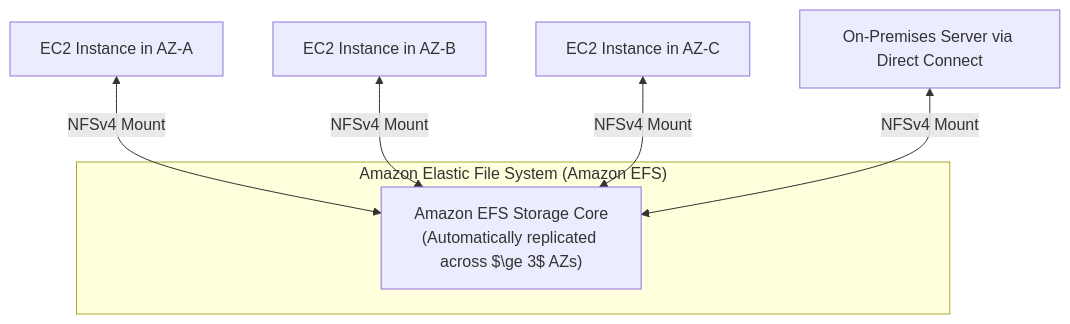
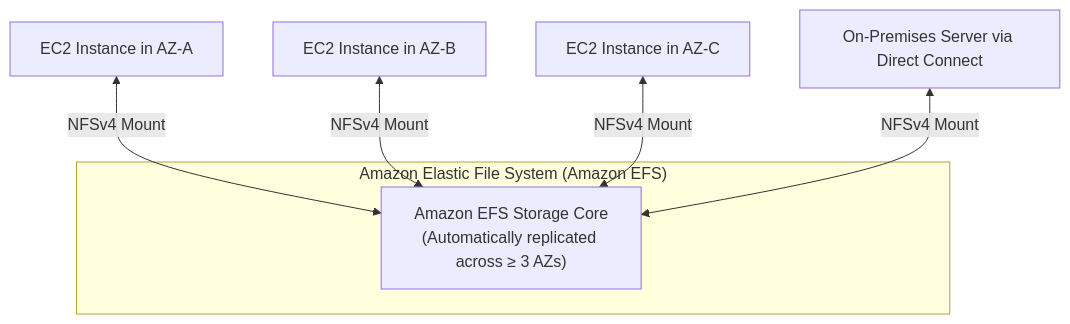
Before and after one commit to fakhruldeen/AWS: the fifth of 6 diagrams in Cloud/Practitioner/CLF-C02/02_Prerequisites/03_Storage_Paradigms.md, drawn with Mermaid. The commit also changed other lines of this file and 104 other files, not shown here.

Commit message:
fix(docs): replace 699 simple inline and Mermaid LaTeX expressions with native Unicode for clean rendering

````diff
--- a/Cloud/Practitioner/CLF-C02/02_Prerequisites/03_Storage_Paradigms.md
+++ b/Cloud/Practitioner/CLF-C02/02_Prerequisites/03_Storage_Paradigms.md
@@ -134,11 +134,11 @@
 ```mermaid
 flowchart TD
     subgraph MultiAZ_EFS["Amazon Elastic File System (Amazon EFS)"]
-        EFS_Core["Amazon EFS Storage Core\n(Automatically replicated across $\ge 3$ AZs)"]
+        EFS_Core["Amazon EFS Storage Core\n(Automatically replicated across ≥ 3 AZs)"]
     end
 
     EC2_AZ1["EC2 Instance in AZ-A"] <-->|NFSv4 Mount| EFS_Core
     EC2_AZ2["EC2 Instance in AZ-B"] <-->|NFSv4 Mount| EFS_Core
     EC2_AZ3["EC2 Instance in AZ-C"] <-->|NFSv4 Mount| EFS_Core
     OnPrem["On-Premises Server via Direct Connect"] <-->|NFSv4 Mount| EFS_Core
 ```
````
